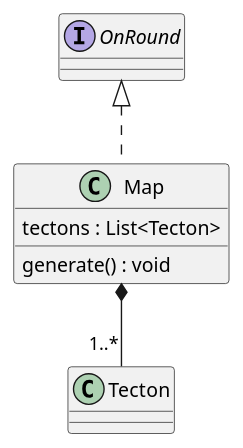
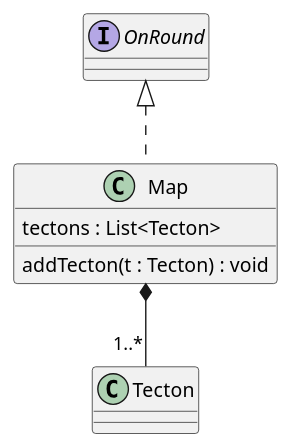
The diagram in 4/classes/map.puml (Petya-G/fungorium), drawn with PlantUML before and after one commit. The commit also changed 3 other files, not shown here.

```diff
--- a/4/classes/map.puml
+++ b/4/classes/map.puml
@@ -1,9 +1,9 @@
 @startuml map
 
 Map *-- "1..*" Tecton
 class Map implements OnRound{
     tectons : List<Tecton>
-    generate() : void
+    addTecton(t : Tecton) : void
 }
 
 @enduml
```
